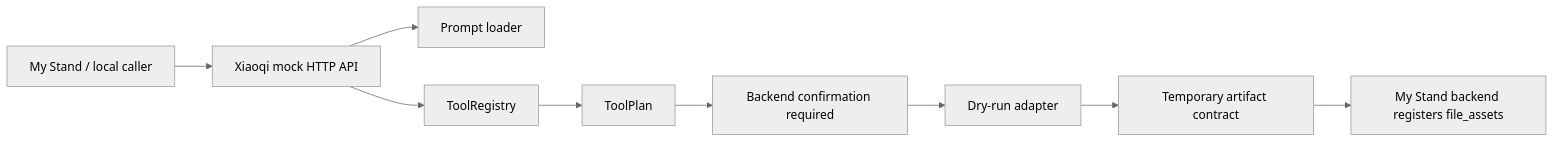
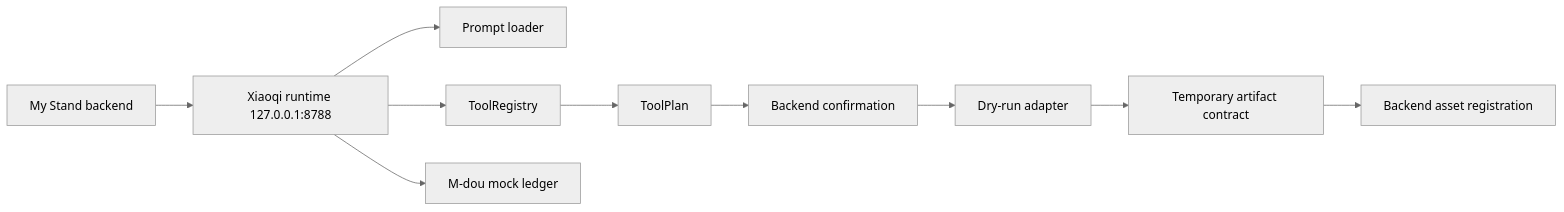
The diagram in docs/architecture.md (52707407SXG/Yuxiaoqi_Agent), drawn with Mermaid (neutral theme) before and after one commit. The commit also changed other lines of this file and 20773 other files, not shown here.

````diff
--- a/docs/architecture.md
+++ b/docs/architecture.md
@@ -9,11 +9,12 @@
 ```mermaid
 flowchart LR
-  User["My Stand / local caller"] --> API["Xiaoqi mock HTTP API"]
-  API --> Prompt["Prompt loader"]
-  API --> Registry["ToolRegistry"]
+  Backend["My Stand backend"] --> Runtime["Xiaoqi runtime 127.0.0.1:8788"]
+  Runtime --> Prompt["Prompt loader"]
+  Runtime --> Registry["ToolRegistry"]
   Registry --> Plan["ToolPlan"]
-  Plan --> Confirm["Backend confirmation required"]
-  Confirm --> DryRun["Dry-run adapter"]
-  DryRun --> Artifact["Temporary artifact contract"]
-  Artifact --> Backend["My Stand backend registers file_assets"]
+  Plan --> Confirm["Backend confirmation"]
+  Confirm --> Adapter["Dry-run adapter"]
+  Adapter --> Artifact["Temporary artifact contract"]
+  Runtime --> Billing["M-dou mock ledger"]
+  Artifact --> BackendAssets["Backend asset registration"]
 ```
````
